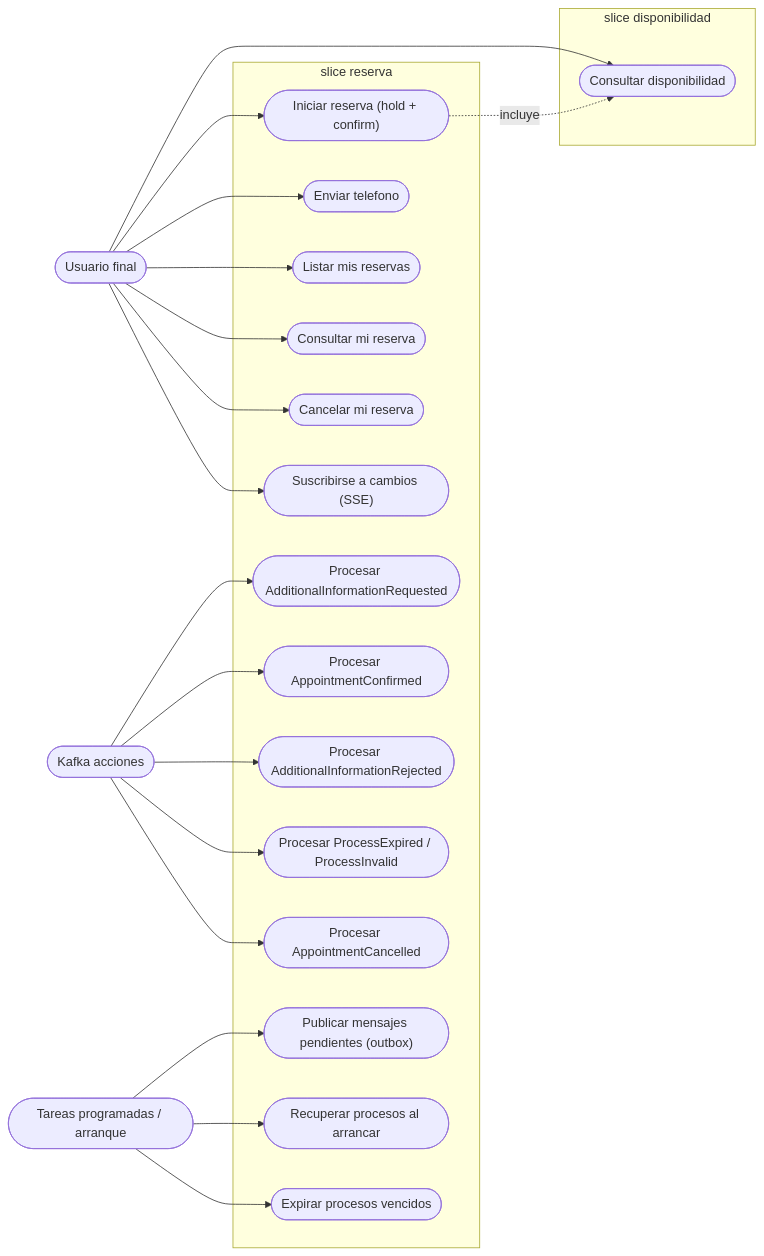
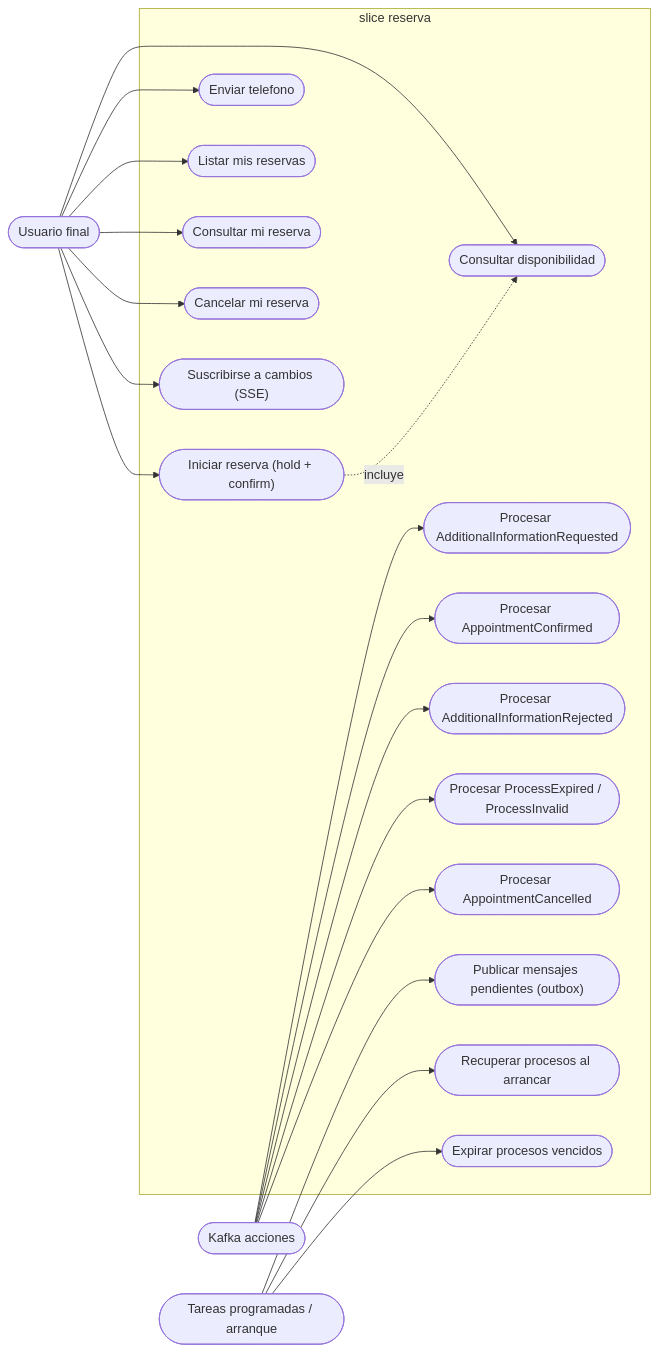
Before and after one commit to Prog2-fzapata/Documentacion: the second of 2 diagrams in diagramas/06-casos-de-uso.md, drawn with Mermaid. The commit also changed other lines of this file and 11 other files, not shown here.

````diff
--- a/diagramas/06-casos-de-uso.md
+++ b/diagramas/06-casos-de-uso.md
@@ -43,31 +43,29 @@
 ```mermaid
 flowchart LR
     U(["Usuario final"])
     K(["Kafka acciones"])
     S(["Tareas programadas / arranque"])
 
-    subgraph disponibilidad["slice disponibilidad"]
+    subgraph reserva["slice reserva"]
         A1(["Consultar disponibilidad"])
-    end
-    subgraph reserva["slice reserva"]
         R1(["Iniciar reserva (hold + confirm)"])
         R2(["Enviar telefono"])
         R3(["Listar mis reservas"])
         R4(["Consultar mi reserva"])
         R5(["Cancelar mi reserva"])
         R6(["Suscribirse a cambios (SSE)"])
         E1(["Procesar AdditionalInformationRequested"])
         E2(["Procesar AppointmentConfirmed"])
         E3(["Procesar AdditionalInformationRejected"])
         E4(["Procesar ProcessExpired / ProcessInvalid"])
         E5(["Procesar AppointmentCancelled"])
         J1(["Publicar mensajes pendientes (outbox)"])
         J2(["Recuperar procesos al arrancar"])
         J3(["Expirar procesos vencidos"])
     end
 
     U --> A1 & R1 & R2 & R3 & R4 & R5 & R6
     K --> E1 & E2 & E3 & E4 & E5
     S --> J1 & J2 & J3
     R1 -. incluye .-> A1
 ```
````
